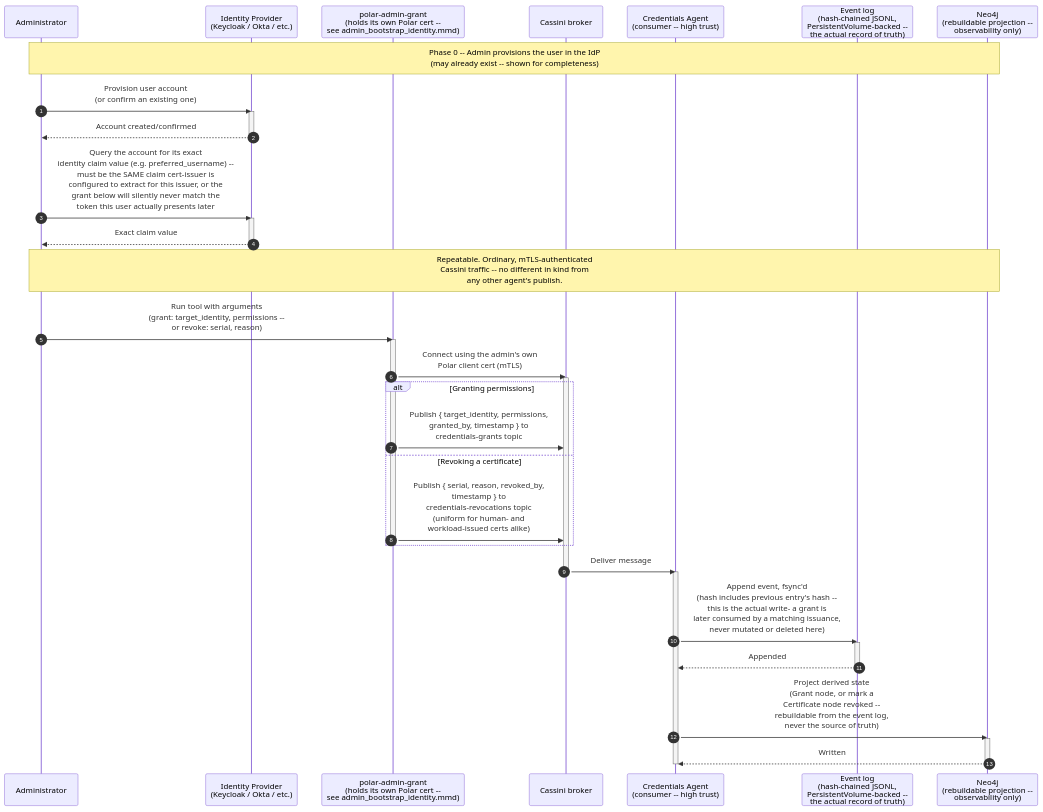
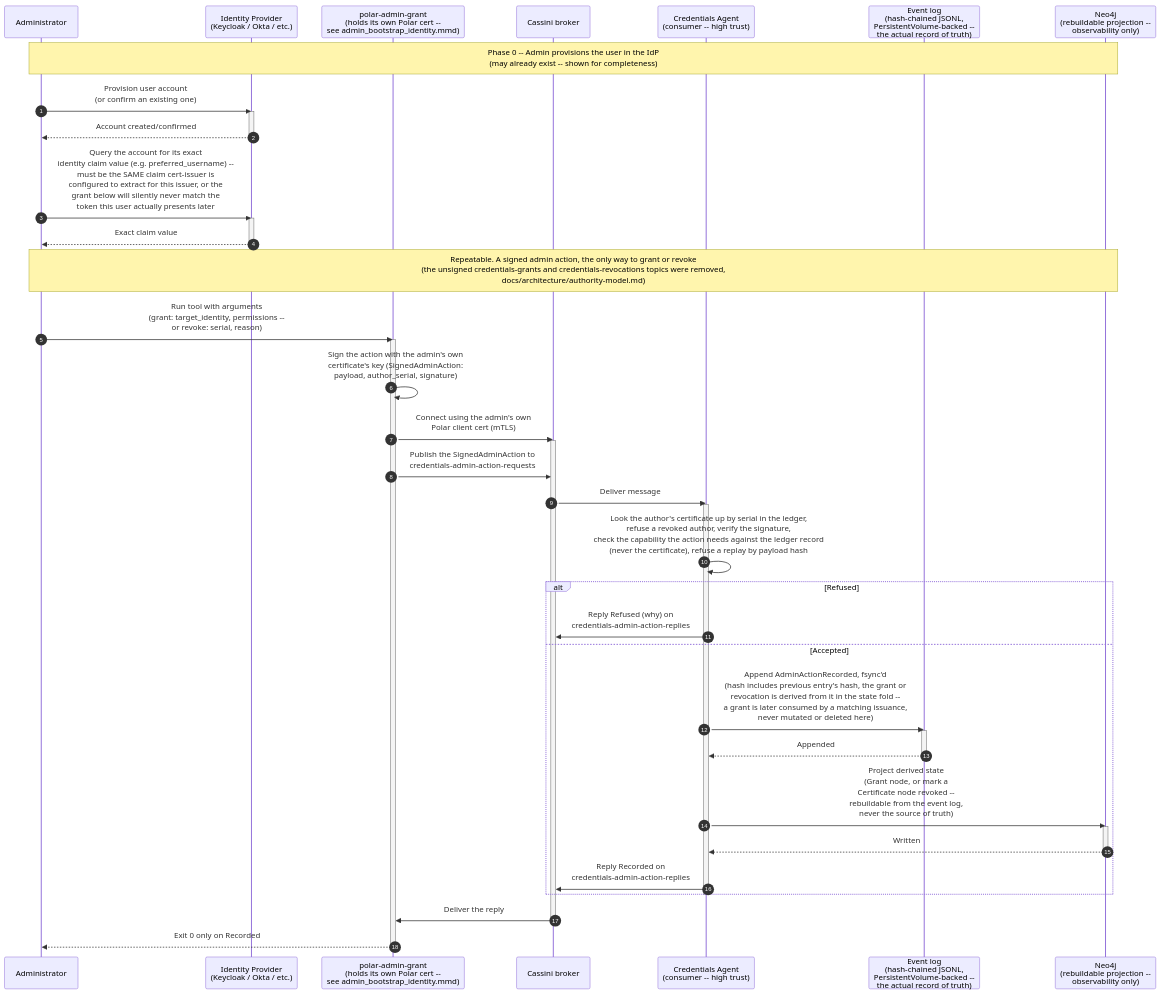
The diagram in docs/architecture/sequences/general/admin_permission_grant.mmd (cmu-sei/Polar), drawn with Mermaid before and after one commit. The commit also changed 10 other files, not shown here.

```diff
--- a/docs/architecture/sequences/general/admin_permission_grant.mmd
+++ b/docs/architecture/sequences/general/admin_permission_grant.mmd
@@ -1,69 +1,73 @@
 %% ACE Tool
 %%
 %% Copyright 2026 Carnegie Mellon University.
 %%
 %% NO WARRANTY. THIS CARNEGIE MELLON UNIVERSITY AND SOFTWARE ENGINEERING INSTITUTE MATERIAL IS
 %% FURNISHED ON AN "AS-IS" BASIS. CARNEGIE MELLON UNIVERSITY MAKES NO WARRANTIES OF ANY KIND, EITHER
 %% EXPRESSED OR IMPLIED, AS TO ANY MATTER INCLUDING, BUT NOT LIMITED TO, WARRANTY OF FITNESS FOR
 %% PURPOSE OR MERCHANTABILITY, EXCLUSIVITY, OR RESULTS OBTAINED FROM USE OF THE MATERIAL. CARNEGIE
 %% MELLON UNIVERSITY DOES NOT MAKE ANY WARRANTY OF ANY KIND WITH RESPECT TO FREEDOM FROM PATENT,
 %% TRADEMARK, OR COPYRIGHT INFRINGEMENT.
 %%
 %% Licensed under a MIT (SEI)-style license, please see license.txt or contact
 %% permission@sei.cmu.edu for full terms.
 %%
 %% [DISTRIBUTION STATEMENT A] This material has been approved for public release and unlimited
 %% distribution.  Please see Copyright notice for non-US Government use and distribution.
 %%
 %% This Software includes and/or makes use of Third-Party Software each subject to its own license.
 %%
 %% DM26-0670
 
 sequenceDiagram
     autonumber
     participant Admin as Administrator
     participant IdP as Identity Provider<br/>(Keycloak / Okta / etc.)
     participant GrantTool as polar-admin-grant<br/>(holds its own Polar cert --<br/>see admin_bootstrap_identity.mmd)
     participant Cassini as Cassini broker
     participant CredAgentCon as Credentials Agent<br/>(consumer -- high trust)
     participant EventLog as Event log<br/>(hash-chained JSONL,<br/>PersistentVolume-backed --<br/>the actual record of truth)
     participant Graph as Neo4j<br/>(rebuildable projection --<br/>observability only)
 
     Note over Admin,Graph: Phase 0 -- Admin provisions the user in the IdP<br/>(may already exist -- shown for completeness)
 
     Admin->>IdP: Provision user account<br/>(or confirm an existing one)
     activate IdP
     IdP-->>Admin: Account created/confirmed
     deactivate IdP
 
     Admin->>IdP: Query the account for its exact<br/>identity claim value (e.g. preferred_username) --<br/>must be the SAME claim cert-issuer is<br/>configured to extract for this issuer, or the<br/>grant below will silently never match the<br/>token this user actually presents later
     activate IdP
     IdP-->>Admin: Exact claim value
     deactivate IdP
 
-    Note over Admin,Graph: Repeatable. Ordinary, mTLS-authenticated<br/>Cassini traffic -- no different in kind from<br/>any other agent's publish.
+    Note over Admin,Graph: Repeatable. A signed admin action, the only way to grant or revoke<br/>(the unsigned credentials-grants and credentials-revocations topics were removed,<br/>docs/architecture/authority-model.md)
 
     Admin->>GrantTool: Run tool with arguments<br/>(grant: target_identity, permissions --<br/>or revoke: serial, reason)
     activate GrantTool
+    GrantTool->>GrantTool: Sign the action with the admin's own<br/>certificate's key (SignedAdminAction:<br/>payload, author_serial, signature)
     GrantTool->>Cassini: Connect using the admin's own<br/>Polar client cert (mTLS)
     activate Cassini
-
-    alt Granting permissions
-        GrantTool->>Cassini: Publish { target_identity, permissions,<br/>granted_by, timestamp } to<br/>credentials-grants topic
-    else Revoking a certificate
-        GrantTool->>Cassini: Publish { serial, reason, revoked_by,<br/>timestamp } to<br/>credentials-revocations topic<br/>(uniform for human- and<br/>workload-issued certs alike)
-    end
-    deactivate GrantTool
+    GrantTool->>Cassini: Publish the SignedAdminAction to<br/>credentials-admin-action-requests
 
     Cassini->>CredAgentCon: Deliver message
+    activate CredAgentCon
+    CredAgentCon->>CredAgentCon: Look the author's certificate up by serial in the ledger,<br/>refuse a revoked author, verify the signature,<br/>check the capability the action needs against the ledger record<br/>(never the certificate), refuse a replay by payload hash
+    alt Refused
+        CredAgentCon->>Cassini: Reply Refused (why) on<br/>credentials-admin-action-replies
+    else Accepted
+        CredAgentCon->>EventLog: Append AdminActionRecorded, fsync'd<br/>(hash includes previous entry's hash, the grant or<br/>revocation is derived from it in the state fold --<br/>a grant is later consumed by a matching issuance,<br/>never mutated or deleted here)
+        activate EventLog
+        EventLog-->>CredAgentCon: Appended
+        deactivate EventLog
+        CredAgentCon->>Graph: Project derived state<br/>(Grant node, or mark a<br/>Certificate node revoked --<br/>rebuildable from the event log,<br/>never the source of truth)
+        activate Graph
+        Graph-->>CredAgentCon: Written
+        deactivate Graph
+        CredAgentCon->>Cassini: Reply Recorded on<br/>credentials-admin-action-replies
+    end
+    deactivate CredAgentCon
+    Cassini->>GrantTool: Deliver the reply
     deactivate Cassini
-    activate CredAgentCon
-    CredAgentCon->>EventLog: Append event, fsync'd<br/>(hash includes previous entry's hash --<br/>this is the actual write- a grant is<br/>later consumed by a matching issuance,<br/>never mutated or deleted here)
-    activate EventLog
-    EventLog-->>CredAgentCon: Appended
-    deactivate EventLog
-    CredAgentCon->>Graph: Project derived state<br/>(Grant node, or mark a<br/>Certificate node revoked --<br/>rebuildable from the event log,<br/>never the source of truth)
-    activate Graph
-    Graph-->>CredAgentCon: Written
-    deactivate Graph
-    deactivate CredAgentCon
+    GrantTool-->>Admin: Exit 0 only on Recorded
+    deactivate GrantTool
```
